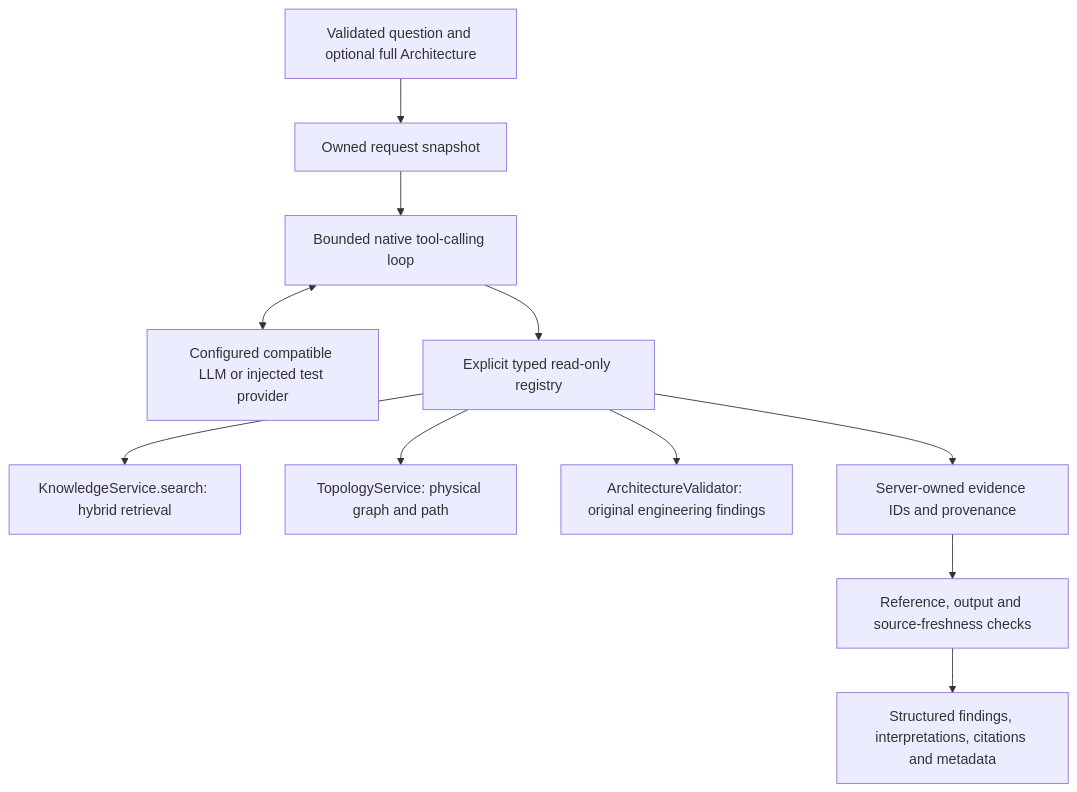
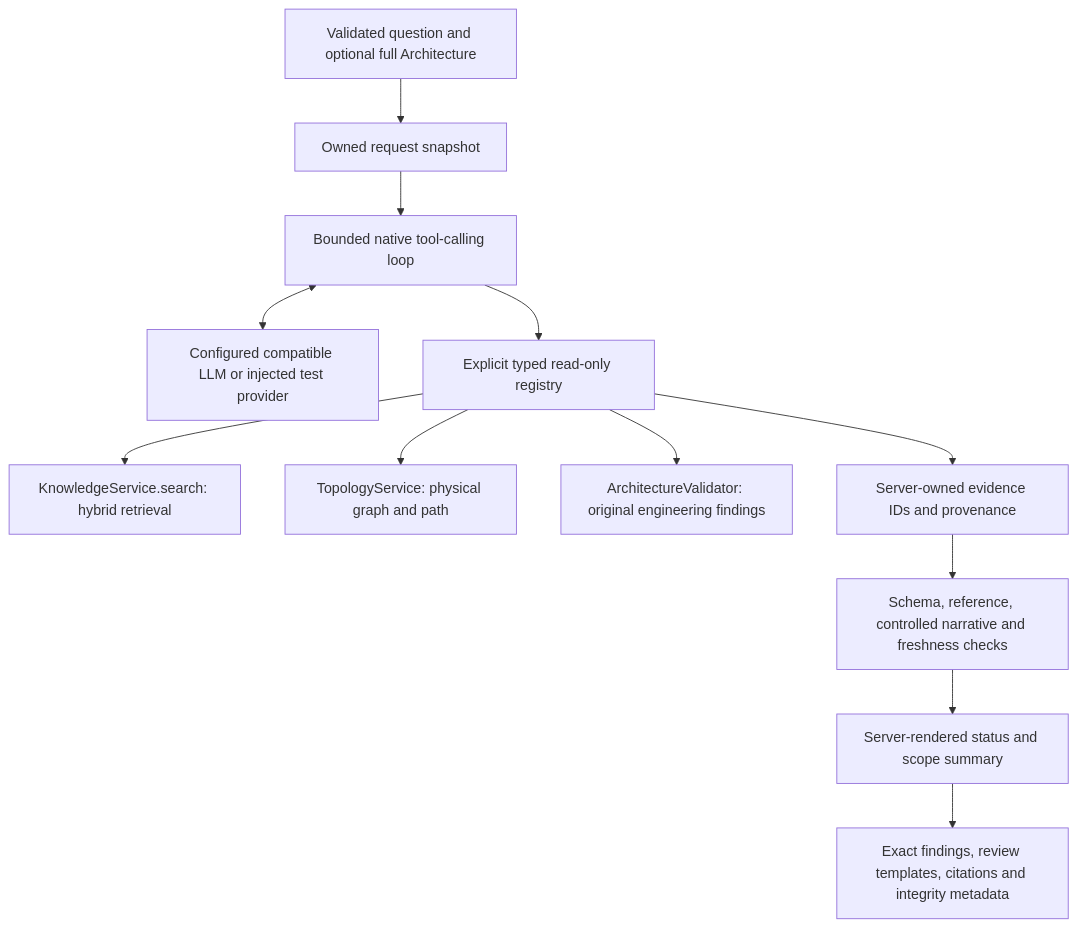
One commit to alvinyu57/auto-ee-arch-ai-copilot changed the diagram in docs/agent-architecture.md. Above: the diagram before and after it, drawn with Mermaid. The commit also changed other lines of this file and 14 other files, not shown here.

````diff
--- a/docs/agent-architecture.md
+++ b/docs/agent-architecture.md
@@ -8,13 +8,14 @@
 ```mermaid
 flowchart TD
     Request[Validated question and optional full Architecture] --> Context[Owned request snapshot]
     Context --> Loop[Bounded native tool-calling loop]
     Loop <--> Provider[Configured compatible LLM or injected test provider]
     Loop --> Registry[Explicit typed read-only registry]
     Registry --> RAG[KnowledgeService.search: hybrid retrieval]
     Registry --> Topology[TopologyService: physical graph and path]
     Registry --> Validator[ArchitectureValidator: original engineering findings]
     Registry --> Evidence[Server-owned evidence IDs and provenance]
-    Evidence --> Guard[Reference, output and source-freshness checks]
-    Guard --> Response[Structured findings, interpretations, citations and metadata]
+    Evidence --> Guard[Schema, reference, controlled narrative and freshness checks]
+    Guard --> Summary[Server-rendered status and scope summary]
+    Summary --> Response[Exact findings, review templates, citations and integrity metadata]
 ```
````
